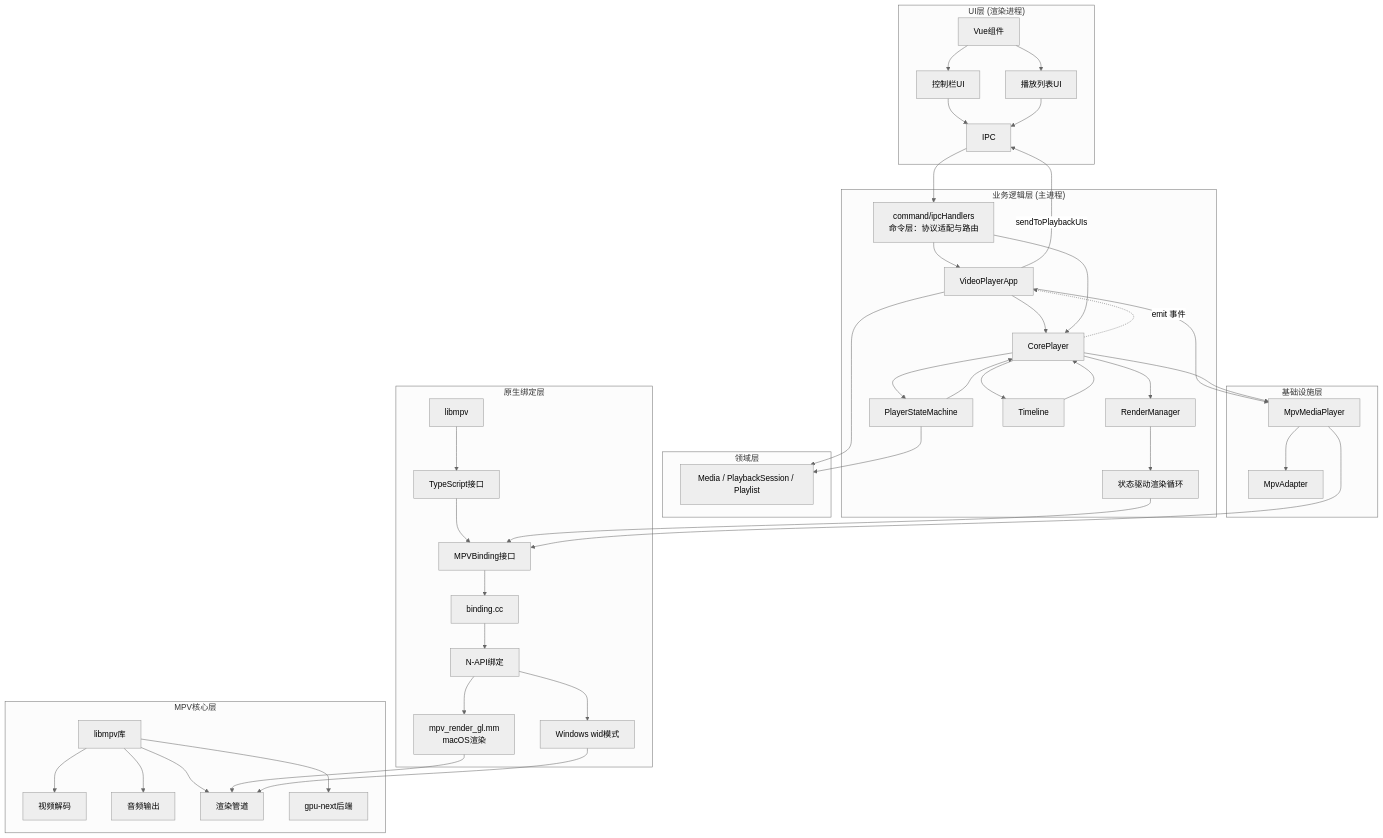
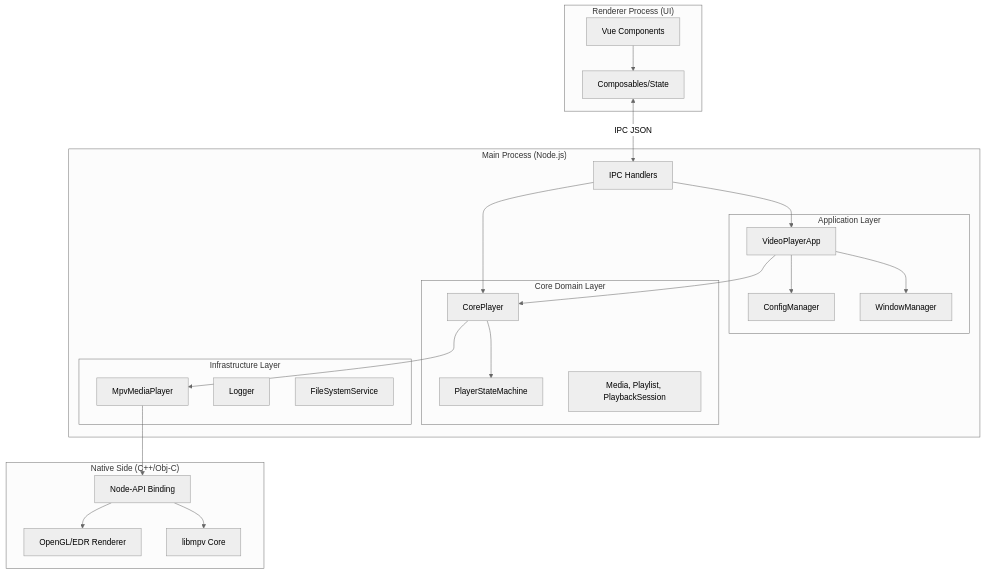
One commit to Lucas-lgm/mpv-electron changed the first of 7 diagrams in docs/architecture/ARCHITECTURE.md. Above: the diagram before and after it, drawn with Mermaid (neutral theme). The commit also changed other lines of this file, not shown here.

````diff
--- a/docs/architecture/ARCHITECTURE.md
+++ b/docs/architecture/ARCHITECTURE.md
@@ -34,65 +20,52 @@
 ```mermaid
 graph TB
-    subgraph "UI层 (渲染进程)"
-        A1[Vue组件] --> A2[控制栏UI]
-        A1 --> A3[播放列表UI]
-        A2 --> A4[IPC]
-        A3 --> A4
+    subgraph "Renderer Process (UI)"
+        UI_Comp[Vue Components]
+        UI_Store[Composables/State]
+        UI_Comp --> UI_Store
     end
 
-    subgraph "业务逻辑层 (主进程)"
-        B0[command/ipcHandlers<br/>命令层：协议适配与路由]
-        B1[VideoPlayerApp]
-        B3[CorePlayer]
-        B4[RenderManager]
-        B5[PlayerStateMachine]
-        B6[Timeline]
-        B1 --> B3
-        B3 --> B4
-        B3 --> B5
-        B3 --> B6
-        B4 --> B7[状态驱动渲染循环]
-        B5 --> B3
-        B6 --> B3
-        B3 -.->|emit 事件| B1
+    subgraph "Main Process (Node.js)"
+        IPC_Server[IPC Handlers]
+        
+        subgraph "Application Layer"
+            VPA[VideoPlayerApp]
+            Config[ConfigManager]
+            WM[WindowManager]
+        end
+        
+        subgraph "Core Domain Layer"
+            CP[CorePlayer]
+            PSM[PlayerStateMachine]
+            Models[Media, Playlist, PlaybackSession]
+        end
+        
+        subgraph "Infrastructure Layer"
+            MMP[MpvMediaPlayer]
+            Log[Logger]
+            FS[FileSystemService]
+        end
     end
 
-    subgraph "领域层"
-        D1[Media / PlaybackSession / Playlist]
-        B1 --> D1
-        B5 --> D1
+    subgraph "Native Side (C++/Obj-C)"
+        NAPI[Node-API Binding]
+        Render[OpenGL/EDR Renderer]
+        MPV[libmpv Core]
     end
 
-    subgraph "基础设施层"
-        I1[MpvAdapter]
-        I2[MpvMediaPlayer]
-        B1 --> I2
-        B3 --> I2
-        I2 --> I1
-    end
-
-    subgraph "原生绑定层"
-        C1[libmpv] --> C2[TypeScript接口]
-        C2 --> C3[MPVBinding接口]
-        C3 --> C4[binding.cc]
-        C4 --> C5[N-API绑定]
-        C5 --> C6[mpv_render_gl.mm<br/>macOS渲染]
-        C5 --> C7[Windows wid模式]
-    end
-
-    subgraph "MPV核心层"
-        E1[libmpv库] --> E2[视频解码]
-        E1 --> E3[音频输出]
-        E1 --> E4[渲染管道]
-        E1 --> E5[gpu-next后端]
-    end
-
-    A4 --> B0
-    B0 --> B1
-    B0 --> B3
-    B1 -->|sendToPlaybackUIs| A4
-    B7 --> C3
-    I2 --> C3
-    C6 --> E4
-    C7 --> E4
+    %% Communications
+    UI_Store <-->|IPC JSON| IPC_Server
+    IPC_Server --> VPA
+    IPC_Server --> CP
+    
+    VPA --> CP
+    VPA --> Config
+    VPA --> WM
+    
+    CP --> MMP
+    CP --> PSM
+    
+    MMP --> NAPI
+    NAPI --> MPV
+    NAPI --> Render
 ```
````
